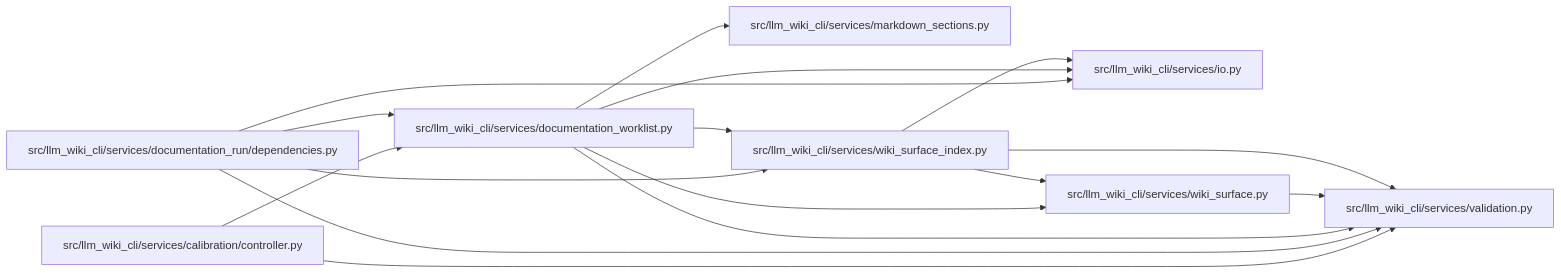
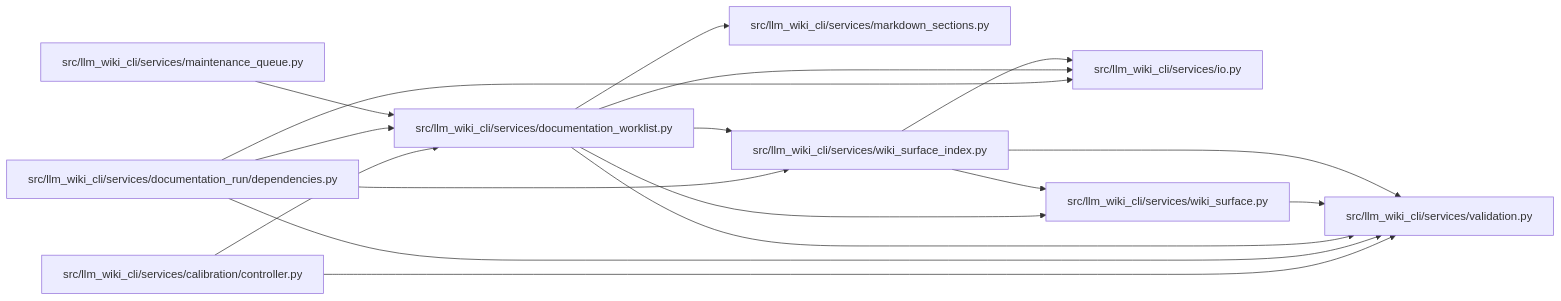
Before and after one commit to Denissvgn/python-wiki-llm: the diagram in docs/llm_wiki/modules/documentation_worklist.md, drawn with Mermaid. The commit also changed other lines of this file and 152 other files, not shown here.

````diff
--- a/docs/llm_wiki/modules/documentation_worklist.md
+++ b/docs/llm_wiki/modules/documentation_worklist.md
@@ -39,34 +39,37 @@
 ```mermaid
 flowchart LR
     n0["src/llm_wiki_cli/services/calibration/controller.py"]
     n1["src/llm_wiki_cli/services/documentation_run/dependencies.py"]
     n2["src/llm_wiki_cli/services/documentation_worklist.py"]
     n3["src/llm_wiki_cli/services/io.py"]
-    n4["src/llm_wiki_cli/services/markdown_sections.py"]
-    n5["src/llm_wiki_cli/services/validation.py"]
-    n6["src/llm_wiki_cli/services/wiki_surface.py"]
-    n7["src/llm_wiki_cli/services/wiki_surface_index.py"]
+    n4["src/llm_wiki_cli/services/maintenance_queue.py"]
+    n5["src/llm_wiki_cli/services/markdown_sections.py"]
+    n6["src/llm_wiki_cli/services/validation.py"]
+    n7["src/llm_wiki_cli/services/wiki_surface.py"]
+    n8["src/llm_wiki_cli/services/wiki_surface_index.py"]
     n0 --> n2
-    n0 --> n5
+    n0 --> n6
     n1 --> n2
     n1 --> n3
-    n1 --> n5
-    n1 --> n7
+    n1 --> n6
+    n1 --> n8
     n2 --> n3
-    n2 --> n4
     n2 --> n5
     n2 --> n6
     n2 --> n7
-    n6 --> n5
-    n7 --> n3
-    n7 --> n5
+    n2 --> n8
+    n4 --> n2
     n7 --> n6
+    n8 --> n3
+    n8 --> n6
+    n8 --> n7
     click n0 "../modules/controller.md"
     click n1 "../modules/documentation_run_dependencies.md"
     click n2 "../modules/documentation_worklist.md"
     click n3 "../modules/io.md"
-    click n4 "../modules/markdown_sections.md"
-    click n5 "../modules/validation.md"
-    click n6 "../modules/wiki_surface.md"
-    click n7 "../modules/wiki_surface_index.md"
+    click n4 "../modules/maintenance_queue.md"
+    click n5 "../modules/markdown_sections.md"
+    click n6 "../modules/validation.md"
+    click n7 "../modules/wiki_surface.md"
+    click n8 "../modules/wiki_surface_index.md"
 ```
````
